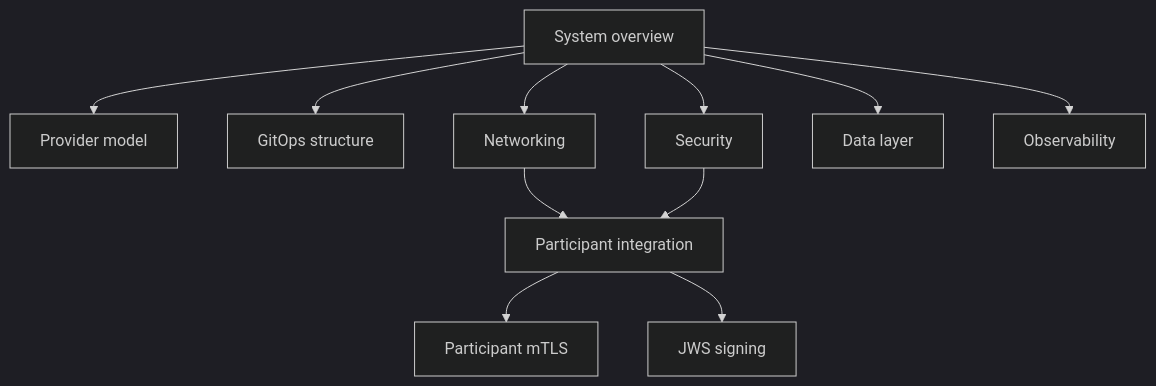
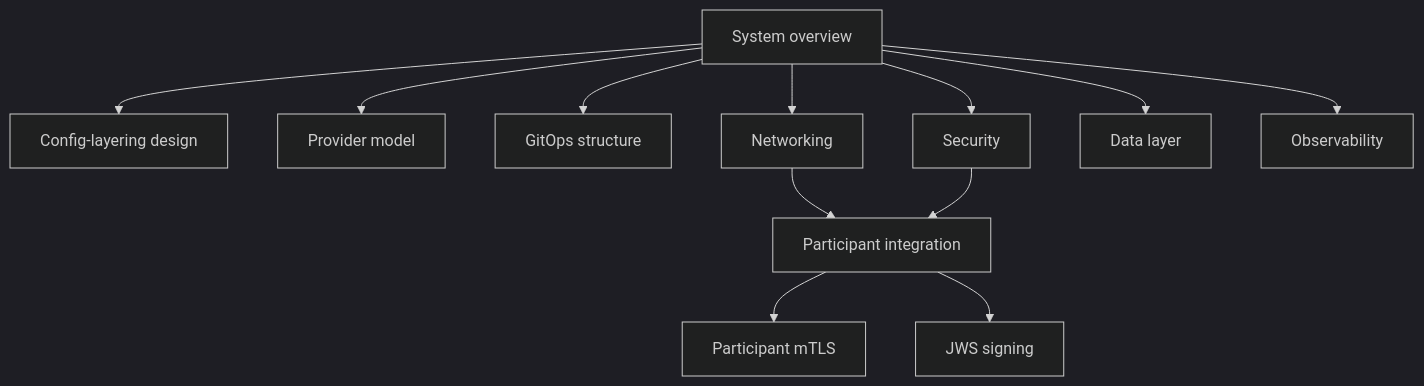
The diagram in doc/architecture/index.md (mojaloop/ml-deployment-toolkit), drawn with Mermaid (dark theme) before and after one commit. The commit also changed other lines of this file and 141 other files, not shown here.

First line of the commit message:
feat(layering): close the design-audit gaps — no knobs, real contracts, state boundary

````diff
--- a/doc/architecture/index.md
+++ b/doc/architecture/index.md
@@ -15,23 +15,25 @@
 ```mermaid
 flowchart TD
     ov["System overview"]
+    cld["Config-layering design"]
     pm["Provider model"]
     gs["GitOps structure"]
     nw["Networking"]
     sec["Security"]
     dl["Data layer"]
     obs["Observability"]
     pi["Participant integration"]
     pm2["Participant mTLS"]
 
+    ov --> cld
     ov --> pm
     ov --> gs
     ov --> nw
     ov --> sec
     ov --> dl
     ov --> obs
     nw --> pi
     sec --> pi
     pi --> pm2
     pi --> jws["JWS signing"]
 ```
````
